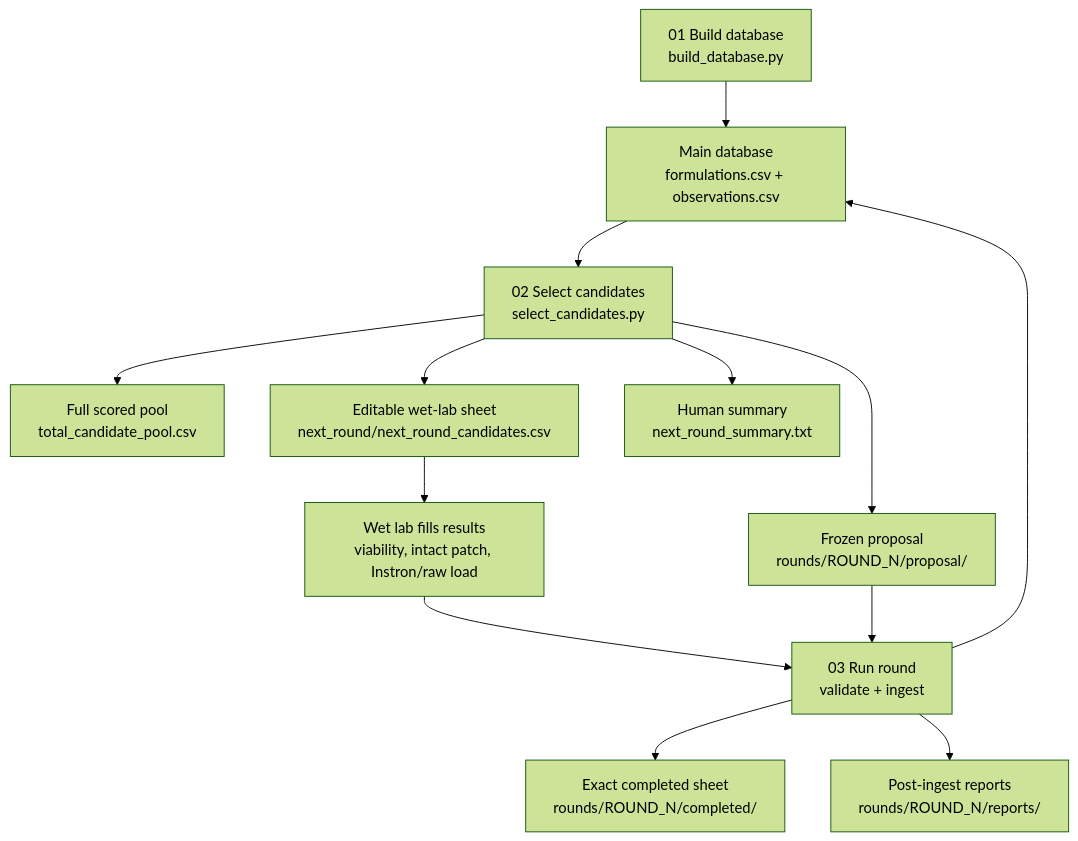
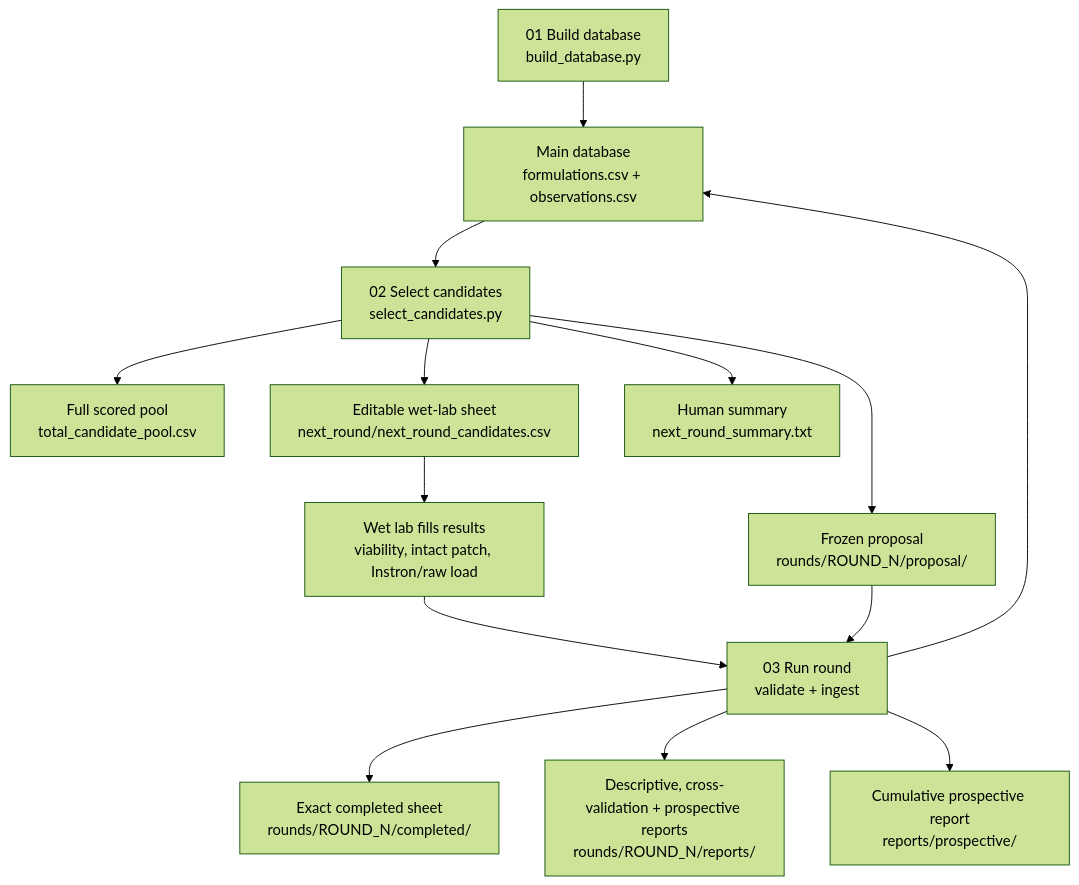
Before and after one commit to baitmeister/ML-for-CryoMN: the diagram in src/08_multi_objective/README.md, drawn with Mermaid (forest theme). The commit also changed other lines of this file and 28 other files, not shown here.

````diff
--- a/src/08_multi_objective/README.md
+++ b/src/08_multi_objective/README.md
@@ -232,15 +241,16 @@
 ```mermaid
 flowchart TD
     A["01 Build database<br/>build_database.py"] --> B["Main database<br/>formulations.csv + observations.csv"]
     B --> C["02 Select candidates<br/>select_candidates.py"]
     C --> P["Full scored pool<br/>total_candidate_pool.csv"]
     C --> Q["Frozen proposal<br/>rounds/ROUND_N/proposal/"]
     C --> D["Editable wet-lab sheet<br/>next_round/next_round_candidates.csv"]
     C --> E["Human summary<br/>next_round_summary.txt"]
     D --> F["Wet lab fills results<br/>viability, intact patch, Instron/raw load"]
     F --> G["03 Run round<br/>validate + ingest"]
     Q --> G
     G --> H["Exact completed sheet<br/>rounds/ROUND_N/completed/"]
-    G --> I["Post-ingest reports<br/>rounds/ROUND_N/reports/"]
+    G --> I["Descriptive, cross-validation + prospective reports<br/>rounds/ROUND_N/reports/"]
+    G --> J["Cumulative prospective report<br/>reports/prospective/"]
     G --> B
 ```
````
